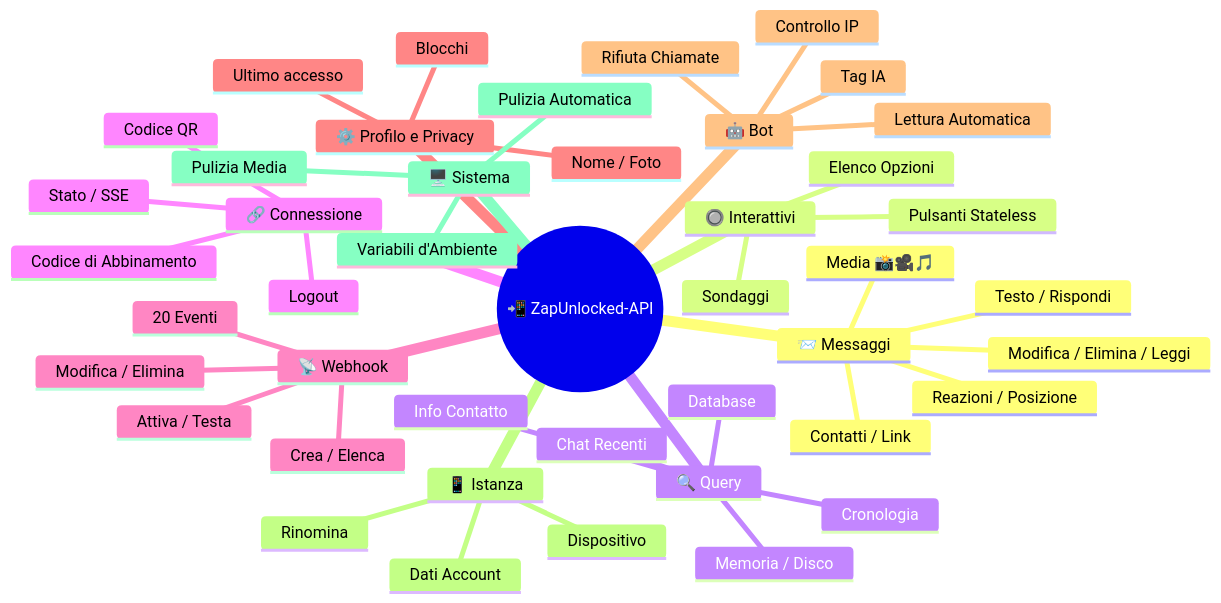
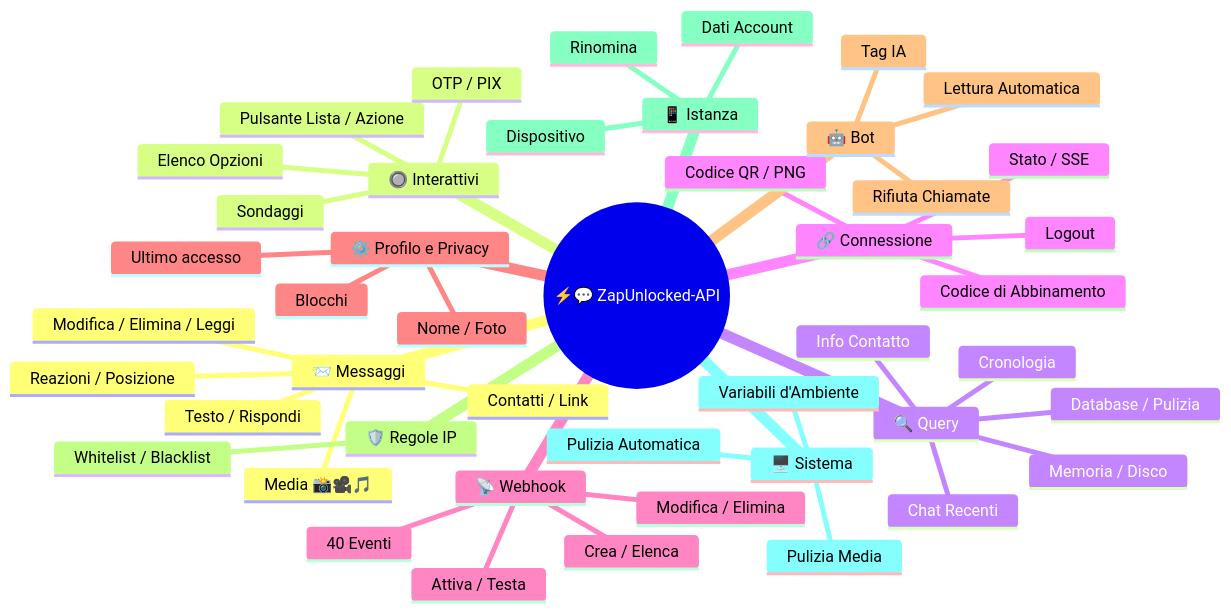
Before and after one commit to kauafpssx/ZapUnlocked-API: the first of 2 diagrams in docs/translations/it.md, drawn with Mermaid. The commit also changed other lines of this file and 23 other files, not shown here.

````diff
--- a/docs/translations/it.md
+++ b/docs/translations/it.md
@@ -52,47 +55,49 @@
 ```mermaid
 mindmap
-  root((📲 ZapUnlocked-API))
+  root((⚡💬 ZapUnlocked-API))
     📨 Messaggi
       Testo / Rispondi
       Media 📸🎥🎵
       Reazioni / Posizione
       Contatti / Link
       Modifica / Elimina / Leggi
     🔘 Interattivi
-      Pulsanti Stateless
+      Pulsante Lista / Azione
+      OTP / PIX
       Elenco Opzioni
       Sondaggi
     🔍 Query
       Info Contatto
       Cronologia
       Chat Recenti
       Memoria / Disco
-      Database
+      Database / Pulizia
     🔗 Connessione
       Stato / SSE
-      Codice QR
+      Codice QR / PNG
       Codice di Abbinamento
       Logout
     📡 Webhook
-      Crea / Elenca
-      Modifica / Elimina
-      Attiva / Testa
-      20 Eventi
+       Crea / Elenca
+       Modifica / Elimina
+       Attiva / Testa
+       40 Eventi
     ⚙️ Profilo e Privacy
       Nome / Foto
       Ultimo accesso
       Blocchi
     🤖 Bot
       Tag IA
-      Controllo IP
       Rifiuta Chiamate
       Lettura Automatica
+    🛡️ Regole IP
+      Whitelist / Blacklist
     📱 Istanza
       Dati Account
       Dispositivo
       Rinomina
     🖥️ Sistema
       Variabili d'Ambiente
       Pulizia Media
       Pulizia Automatica
 ```
````
